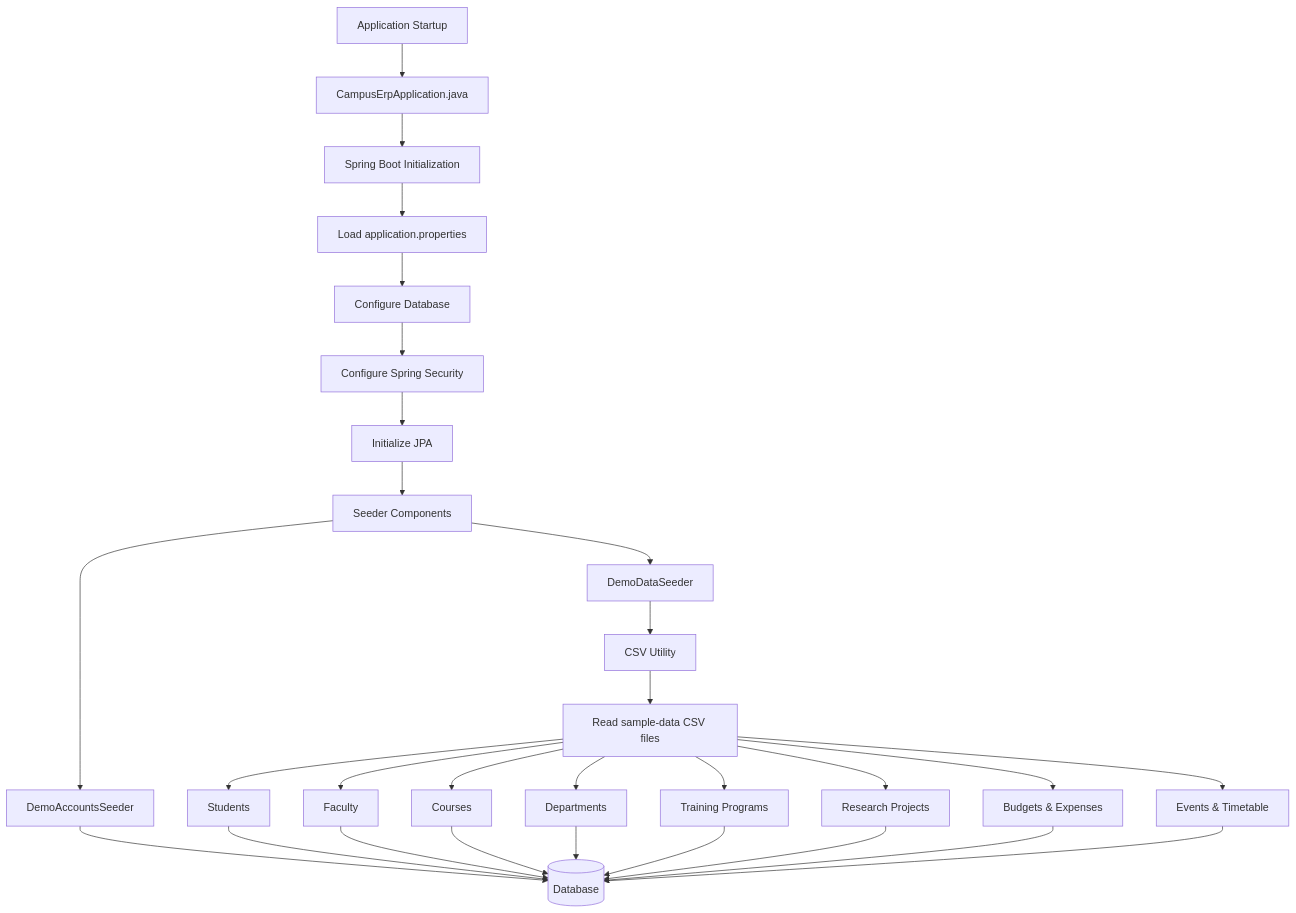
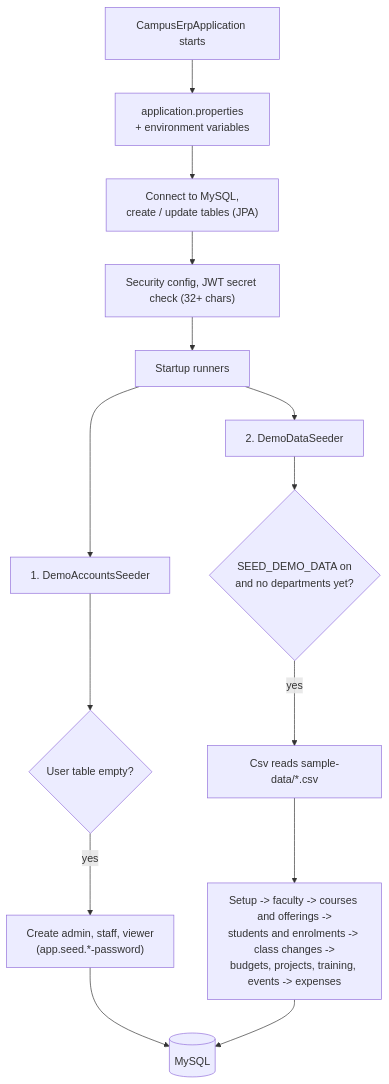
Diagram 19 of 19 in README.md (Git-punit/campus-erp), drawn with Mermaid before and after one commit. The commit also changed other lines of this file, not shown here.

````diff
--- a/README.md
+++ b/README.md
@@ -817,36 +877,19 @@
 ```mermaid
 flowchart TD
-    A["Application Startup"]
-    A --> B["CampusErpApplication.java"]
-    B --> C["Spring Boot Initialization"]
-    C --> D["Load application.properties"]
-    D --> E["Configure Database"]
-    E --> F["Configure Spring Security"]
-    F --> G["Initialize JPA"]
-    G --> H["Seeder Components"]
+    A["CampusErpApplication starts"] --> D["application.properties<br/>+ environment variables"]
+    D --> E["Connect to MySQL,<br/>create / update tables (JPA)"]
+    E --> F["Security config, JWT secret check (32+ chars)"]
+    F --> H["Startup runners"]
 
-    H --> I["DemoAccountsSeeder"]
-    H --> J["DemoDataSeeder"]
+    H --> I["1. DemoAccountsSeeder"]
+    I --> I2{"User table empty?"}
+    I2 -->|yes| I3["Create admin, staff, viewer<br/>(app.seed.*-password)"]
 
-    J --> K["CSV Utility"]
-    K --> L["Read sample-data CSV files"]
+    H --> J["2. DemoDataSeeder"]
+    J --> J2{"SEED_DEMO_DATA on<br/>and no departments yet?"}
+    J2 -->|yes| K["Csv reads sample-data/*.csv"]
+    K --> L["Setup -> faculty -> courses and offerings -><br/>students and enrolments -> class changes -><br/>budgets, projects, training, events -> expenses"]
 
-    L --> M["Students"]
-    L --> N["Faculty"]
-    L --> O["Courses"]
-    L --> P["Departments"]
-    L --> Q["Training Programs"]
-    L --> R["Research Projects"]
-    L --> S["Budgets & Expenses"]
-    L --> T["Events & Timetable"]
-
-    I --> U[("Database")]
-    M --> U
-    N --> U
-    O --> U
-    P --> U
-    Q --> U
-    R --> U
-    S --> U
-    T --> U
+    I3 --> U[("MySQL")]
+    L --> U
 ```
````
